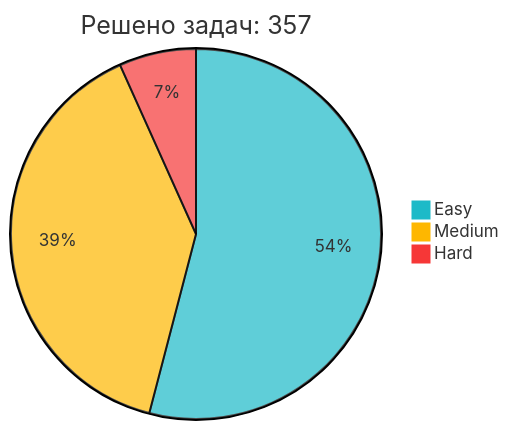
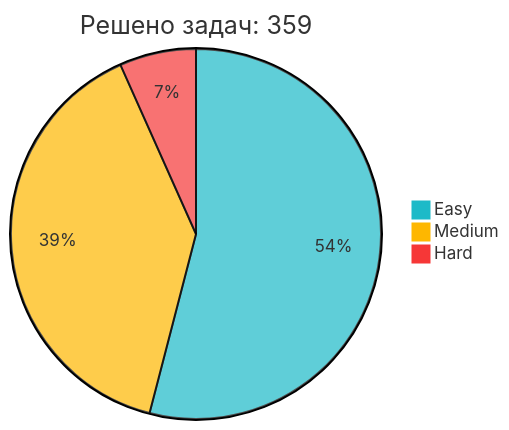
The diagram in README.md (IliaKurdukov/IliaKurdukov), drawn with Mermaid before and after one commit. The commit also changed other lines of this file, not shown here.

Commit message:
📈 Обновление статистики LeetCode

````diff
--- a/README.md
+++ b/README.md
@@ -51,7 +51,7 @@
 ```mermaid
 %%{init: {'theme': 'base', 'themeVariables': { 'pie1': '#1CBAC8', 'pie2': '#FEB700', 'pie3': '#F63737' }, 'config': {'width': 300, 'height': 200}}}%%
-pie title Решено задач: 357
-   "Easy" : 193
-   "Medium" : 140
+pie title Решено задач: 359
+   "Easy" : 194
+   "Medium" : 141
    "Hard" : 24
 ```
````
